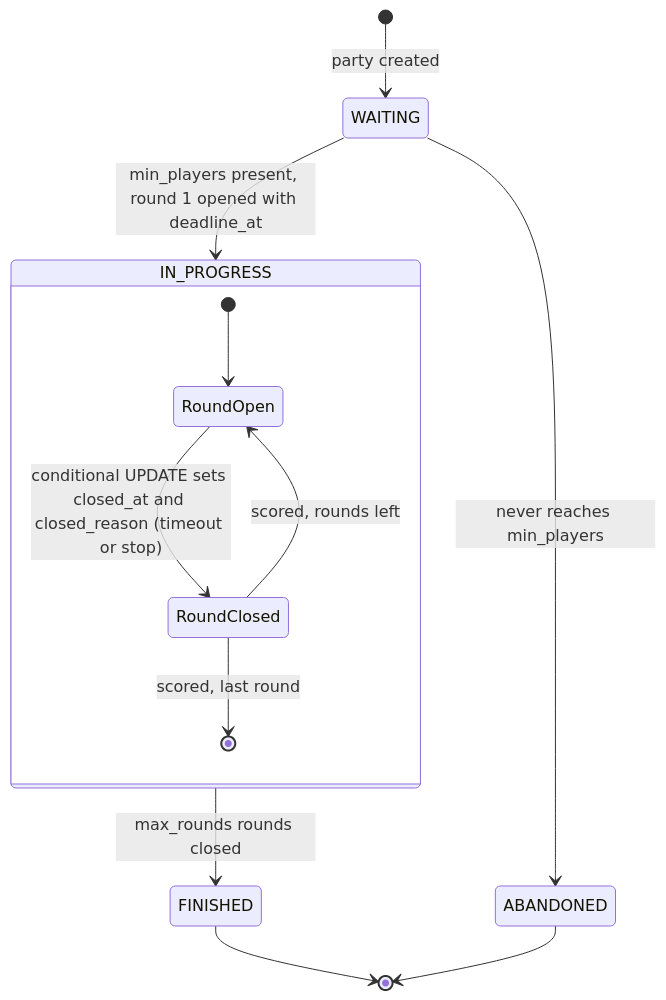
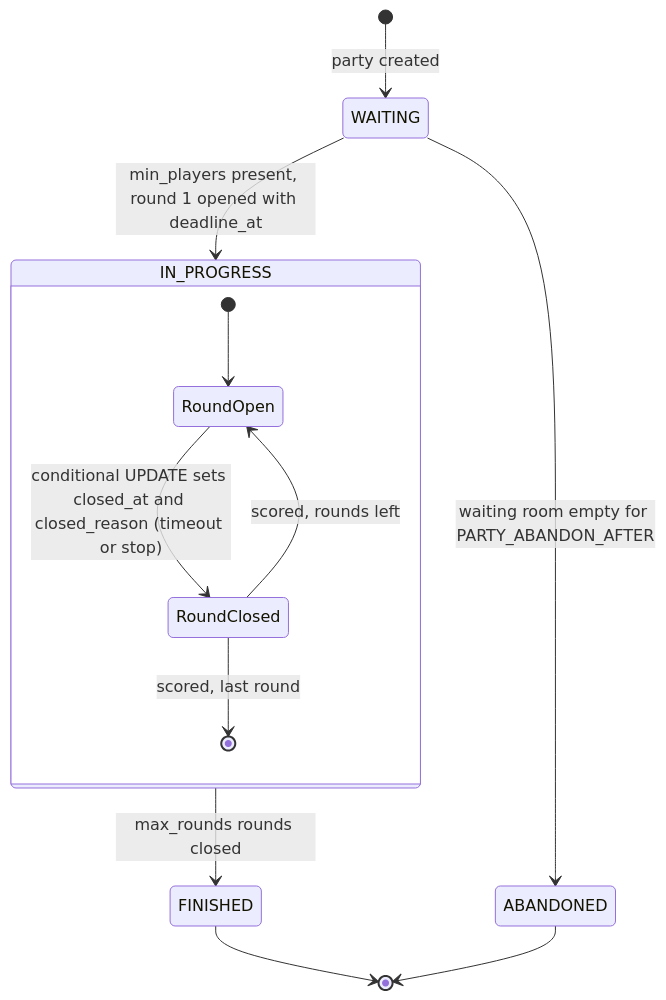
One commit to DanielGnzlzVll/AACX changed the fourth of 5 diagrams in docs/architecture.md. Above: the diagram before and after it, drawn with Mermaid. The commit also changed other lines of this file and 14 other files, not shown here.

First line of the commit message:
AACX-83: abandon waiting rooms that stay empty (#91)

````diff
--- a/docs/architecture.md
+++ b/docs/architecture.md
@@ -250,16 +254,16 @@
 ```mermaid
 stateDiagram-v2
     [*] --> WAITING: party created
     WAITING --> IN_PROGRESS: min_players present, round 1 opened with deadline_at
-    WAITING --> ABANDONED: never reaches min_players
+    WAITING --> ABANDONED: waiting room empty for PARTY_ABANDON_AFTER
     IN_PROGRESS --> FINISHED: max_rounds rounds closed
     FINISHED --> [*]
     ABANDONED --> [*]
 
     state IN_PROGRESS {
         [*] --> RoundOpen
         RoundOpen --> RoundClosed: conditional UPDATE sets closed_at and closed_reason (timeout or stop)
         RoundClosed --> RoundOpen: scored, rounds left
         RoundClosed --> [*]: scored, last round
     }
 ```
````
